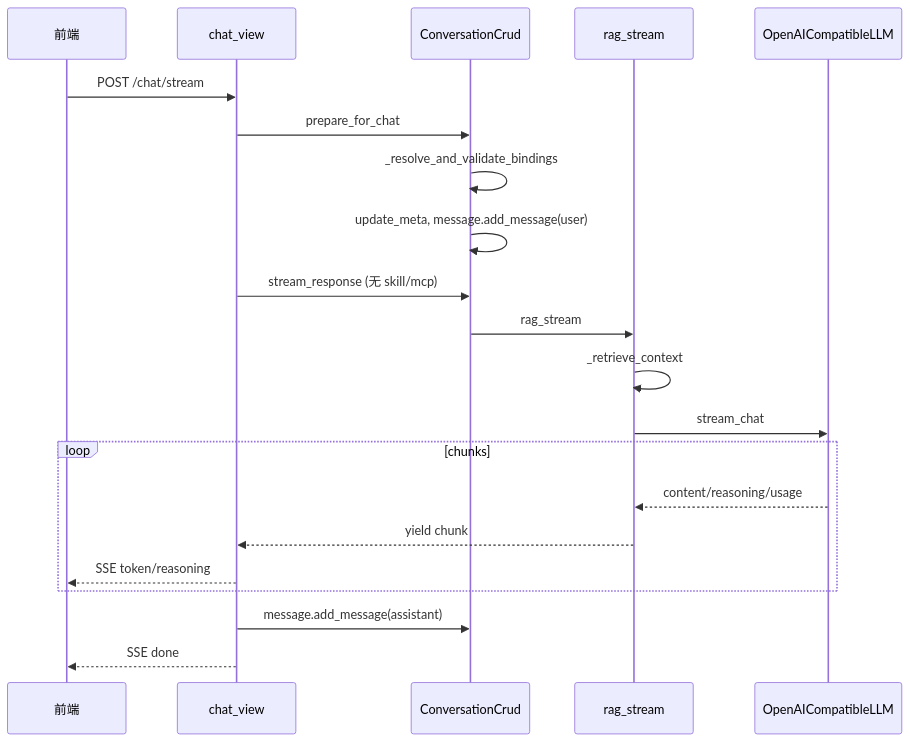
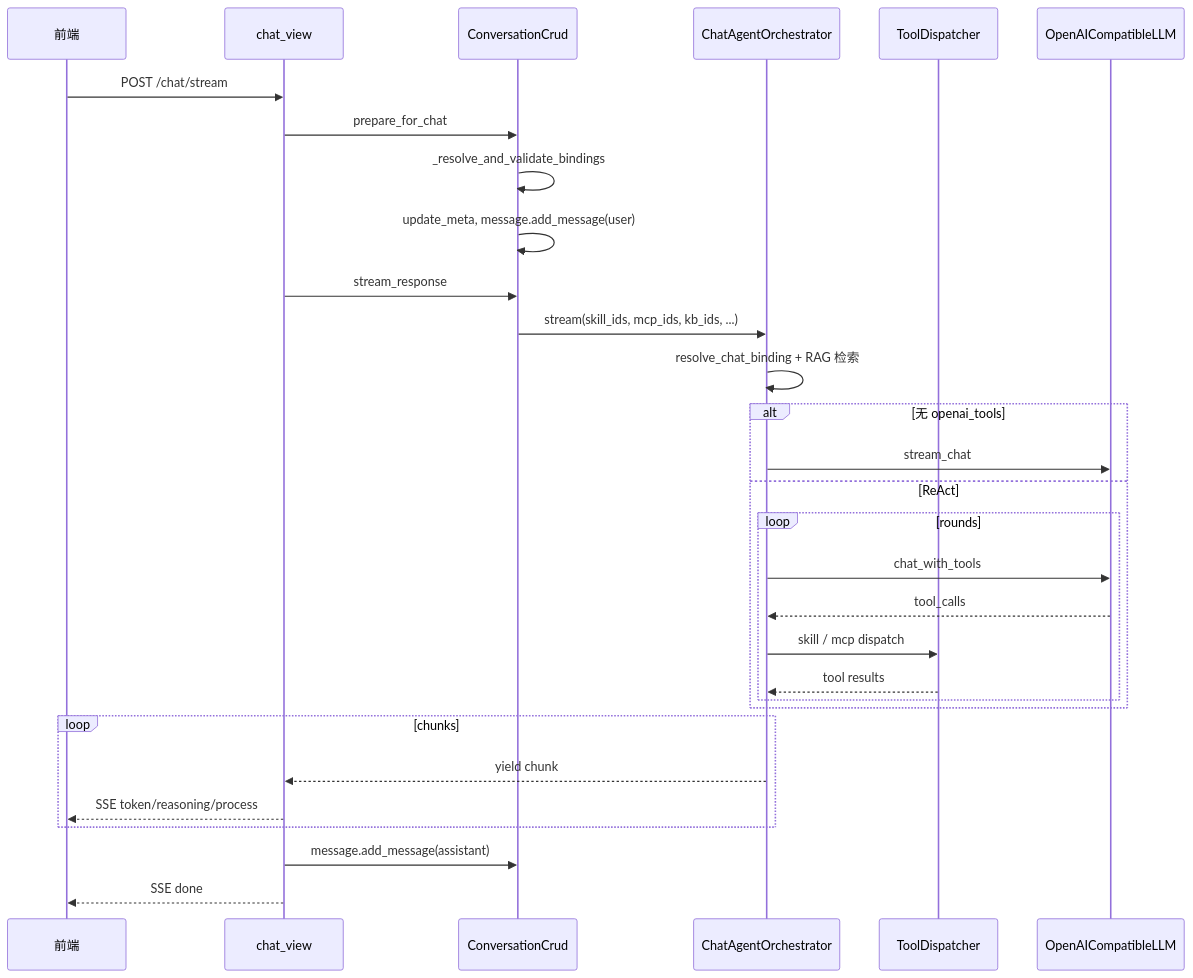
One commit to KKNOBUG/KeenRobot changed the second of 3 diagrams in backend/output/docs/CHAT_EXECUTION_FLOWS.md. Above: the diagram before and after it, drawn with Mermaid. The commit also changed other lines of this file and 7 other files, not shown here.

````diff
--- a/backend/output/docs/CHAT_EXECUTION_FLOWS.md
+++ b/backend/output/docs/CHAT_EXECUTION_FLOWS.md
@@ -119,24 +119,33 @@
 ```mermaid
 sequenceDiagram
     participant FE as 前端
     participant CV as chat_view
     participant CC as ConversationCrud
-    participant RG as rag_stream
+    participant OR as ChatAgentOrchestrator
+    participant TD as ToolDispatcher
     participant LLM as OpenAICompatibleLLM
 
     FE->>CV: POST /chat/stream
     CV->>CC: prepare_for_chat
     CC->>CC: _resolve_and_validate_bindings
     CC->>CC: update_meta, message.add_message(user)
-    CV->>CC: stream_response (无 skill/mcp)
-    CC->>RG: rag_stream
-    RG->>RG: _retrieve_context
-    RG->>LLM: stream_chat
+    CV->>CC: stream_response
+    CC->>OR: stream(skill_ids, mcp_ids, kb_ids, ...)
+    OR->>OR: resolve_chat_binding + RAG 检索
+    alt 无 openai_tools
+        OR->>LLM: stream_chat
+    else ReAct
+        loop rounds
+            OR->>LLM: chat_with_tools
+            LLM-->>OR: tool_calls
+            OR->>TD: skill / mcp dispatch
+            TD-->>OR: tool results
+        end
+    end
     loop chunks
-        LLM-->>RG: content/reasoning/usage
-        RG-->>CV: yield chunk
-        CV-->>FE: SSE token/reasoning
+        OR-->>CV: yield chunk
+        CV-->>FE: SSE token/reasoning/process
     end
     CV->>CC: message.add_message(assistant)
     CV-->>FE: SSE done
 ```
````
